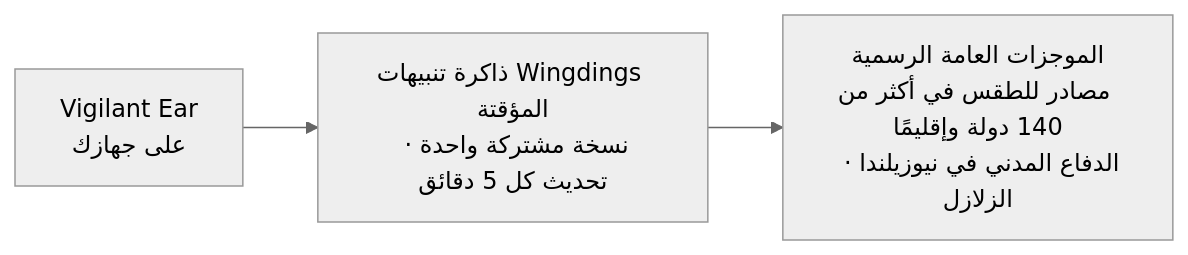
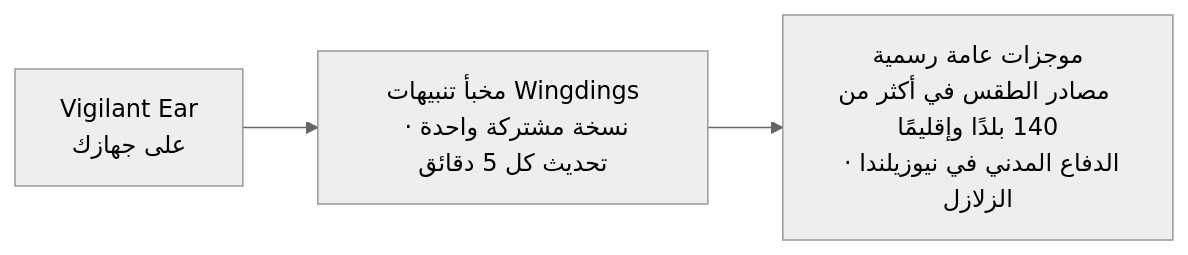
The fourth of 4 diagrams in README_ar.md (rpalm01-star/VigilantEarLegal), drawn with Mermaid (neutral theme) before and after one commit. The commit also changed other lines of this file and 14 other files, not shown here.

````diff
--- a/README_ar.md
+++ b/README_ar.md
@@ -182,5 +203,5 @@
 ```mermaid
 graph LR
-    P1["Vigilant Ear<br/>على جهازك"] --> W["ذاكرة تنبيهات Wingdings المؤقتة<br/>نسخة مشتركة واحدة · تحديث كل 5 دقائق"]
-    W --> N["الموجزات العامة الرسمية<br/>مصادر للطقس في أكثر من 140 دولة وإقليمًا<br/>الدفاع المدني في نيوزيلندا · الزلازل"]
+    P1["Vigilant Ear<br/>على جهازك"] --> W["مخبأ تنبيهات Wingdings<br/>نسخة مشتركة واحدة · تحديث كل 5 دقائق"]
+    W --> N["موجزات عامة رسمية<br/>مصادر الطقس في أكثر من 140 بلدًا وإقليمًا<br/>الدفاع المدني في نيوزيلندا · الزلازل"]
 ```
````
